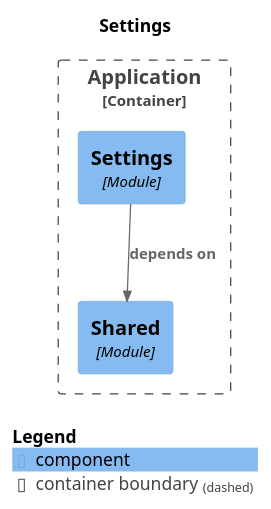
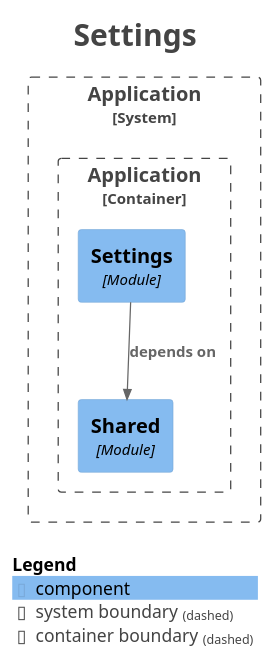
The diagram in backend/docs/modulith/module-settings.puml (kanghouchao/Kizuna), drawn with PlantUML before and after one commit. The commit also changed 19 other files, not shown here.

```diff
--- a/backend/docs/modulith/module-settings.puml
+++ b/backend/docs/modulith/module-settings.puml
@@ -1,19 +1,30 @@
 @startuml
+title <size:24>Settings</size>
+
 set separator none
-title Settings
+top to bottom direction
 
-top to bottom direction
+<style>
+  root {
+    BackgroundColor: #ffffff
+    FontColor: #444444
+  }
+</style>
 
 !include <C4/C4>
 !include <C4/C4_Context>
 !include <C4/C4_Component>
 
-Container_Boundary("Application.Application_boundary", "Application", $tags="") {
-  Component(Application.Application.Shared, "Shared", $techn="Module", $descr="", $tags="", $link="")
-  Component(Application.Application.Settings, "Settings", $techn="Module", $descr="", $tags="", $link="")
+System_Boundary("Application_boundary", "Application", $tags="") {
+  Container_Boundary("Application.Application_boundary", "Application", $tags="") {
+    Component(Application.Application.Shared, "Shared", $techn="Module", $descr="", $tags="", $link="")
+    Component(Application.Application.Settings, "Settings", $techn="Module", $descr="", $tags="", $link="")
+  }
+
 }
 
 Rel(Application.Application.Settings, Application.Application.Shared, "depends on", $techn="", $tags="", $link="")
 
 SHOW_LEGEND(true)
+hide stereotypes
 @enduml
```
